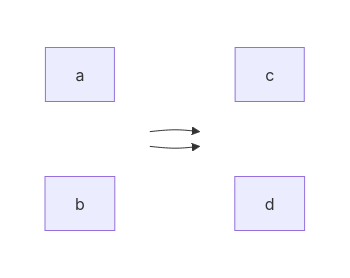
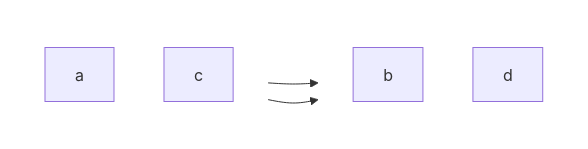
Diagram 34 of 44 in README.ja.md (tseijp/zidx), drawn with Mermaid before and after one commit. The commit also changed other lines of this file and 4 other files, not shown here.

````diff
--- a/README.ja.md
+++ b/README.ja.md
@@ -1093,20 +1072,19 @@
 ```mermaid
 flowchart LR
     subgraph x[" "]
         direction TB
         a
-        b
+        c
     end
     subgraph y[" "]
         direction TB
-        c
+        b
         d
     end
     a ~~~ b
     c ~~~ d
     style x fill:none,stroke:none
     style y fill:none,stroke:none
-    a --> d
-    b --> c
-
+    a --> b
+    c --> d
 ```
````
